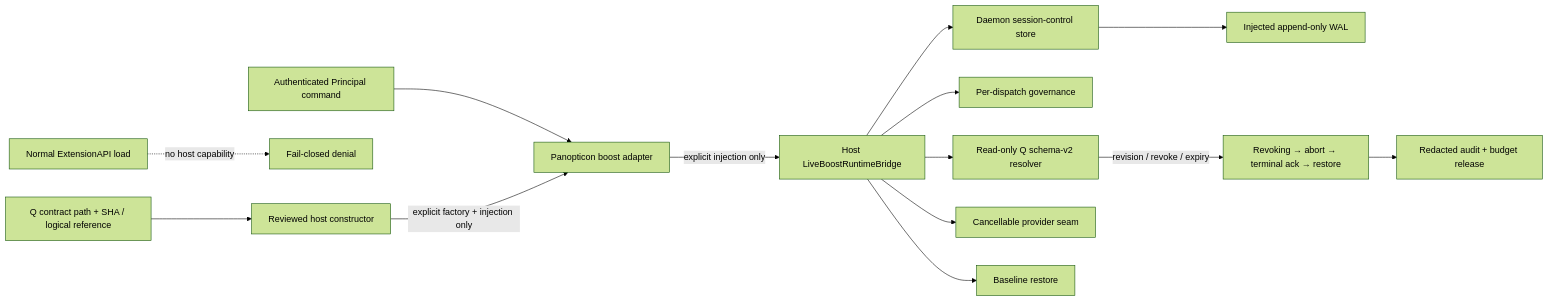
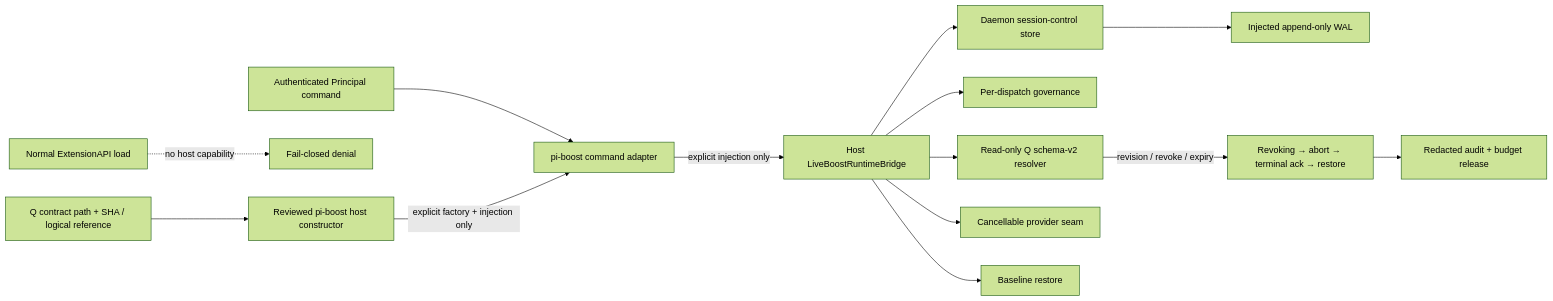
Before and after one commit to tS7hKamAYL84j91/pi-tools-and-skills: diagram 12 of 23 in docs/architecture.md, drawn with Mermaid (forest theme). The commit also changed other lines of this file and 3 other files, not shown here.

Commit message:
fix(boost): freeze reviewed control capability

````diff
--- a/docs/architecture.md
+++ b/docs/architecture.md
@@ -459,16 +462,16 @@
 ```mermaid
 flowchart LR
-  Principal[Authenticated Principal command] --> Command[Panopticon boost adapter]
+  Principal[Authenticated Principal command] --> Command[pi-boost command adapter]
   Default[Normal ExtensionAPI load] -. no host capability .-> Deny[Fail-closed denial]
-  Attestation[Q contract path + SHA / logical reference] --> Host[Reviewed host constructor]
+  Attestation[Q contract path + SHA / logical reference] --> Host[Reviewed pi-boost host constructor]
   Host -->|explicit factory + injection only| Command
   Command -->|explicit injection only| Bridge[Host LiveBoostRuntimeBridge]
   Bridge --> Q[Read-only Q schema-v2 resolver]
   Bridge --> Governance[Per-dispatch governance]
   Bridge --> Store[Daemon session-control store]
   Store --> WAL[Injected append-only WAL]
   Bridge --> Provider[Cancellable provider seam]
   Bridge --> Restore[Baseline restore]
   Q -->|revision / revoke / expiry| Revoke[Revoking → abort → terminal ack → restore]
   Revoke --> Audit[Redacted audit + budget release]
 ```
````
